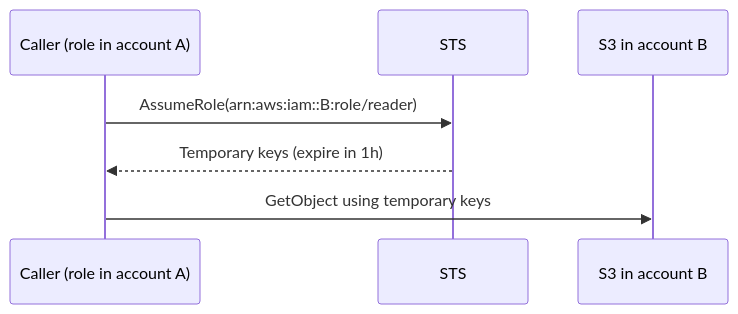
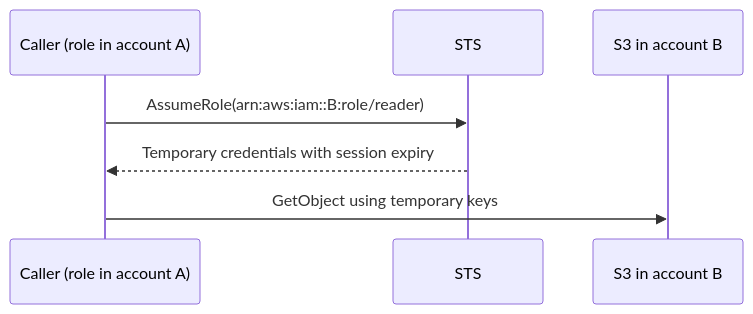
One commit to monijaman/software changed the second of 2 diagrams in content/aws/17-iam-policy-evaluation-and-cross-account.md. Above: the diagram before and after it, drawn with Mermaid. The commit also changed other lines of this file and 24 other files, not shown here.

````diff
--- a/content/aws/17-iam-policy-evaluation-and-cross-account.md
+++ b/content/aws/17-iam-policy-evaluation-and-cross-account.md
@@ -45,9 +45,9 @@
 ```mermaid
 sequenceDiagram
     participant App as Caller (role in account A)
     participant STS
     participant S3 as S3 in account B
     App->>STS: AssumeRole(arn:aws:iam::B:role/reader)
-    STS-->>App: Temporary keys (expire in 1h)
+    STS-->>App: Temporary credentials with session expiry
     App->>S3: GetObject using temporary keys
 ```
````
